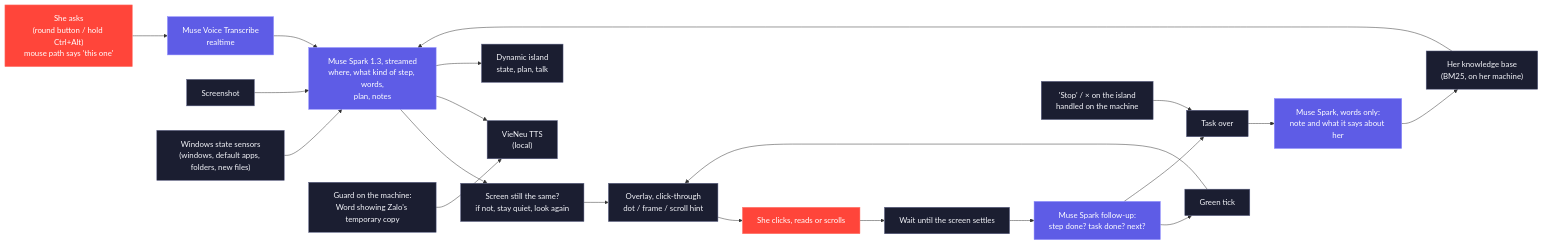
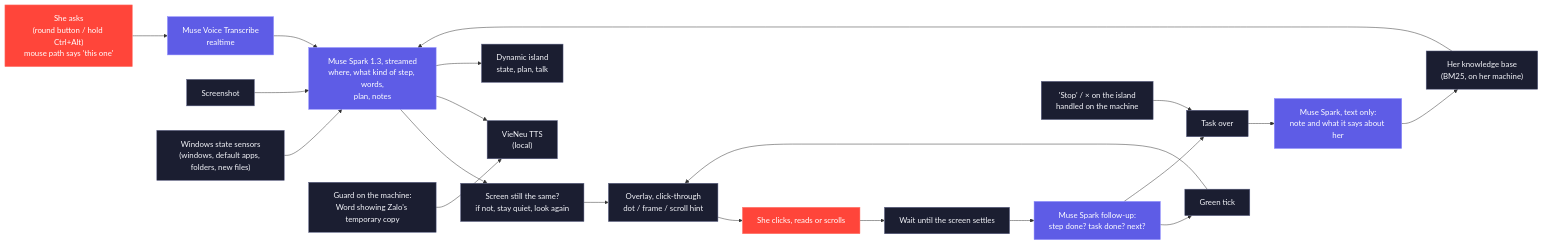
One commit to Nguyen-Le-Tuan/ScreenTutor changed the diagram in README.md. Above: the diagram before and after it, drawn with Mermaid. The commit also changed other lines of this file and 2 other files, not shown here.

````diff
--- a/README.md
+++ b/README.md
@@ -79,28 +87,28 @@
 ```mermaid
 flowchart LR
     Q["She asks<br/>(round button / hold Ctrl+Alt)<br/>mouse path says 'this one'"] --> STT["Muse Voice Transcribe<br/>realtime"]
     STT --> SPARK["Muse Spark 1.3, streamed<br/>where, what kind of step, words,<br/>plan, notes"]
     SCR["Screenshot"] --> SPARK
     ST["Windows state sensors<br/>(windows, default apps, folders, new files)"] --> SPARK
     MEM["Her knowledge base<br/>(BM25, on her machine)"] --> SPARK
     SPARK --> FRESH["Screen still the same?<br/>if not, stay quiet, look again"]
     FRESH --> MARK["Overlay, click-through<br/>dot / frame / scroll hint"]
     SPARK --> TTS["VieNeu TTS<br/>(local)"]
     SPARK --> ISLAND["Dynamic island<br/>state, plan, talk"]
     MARK --> ACT["She clicks, reads or scrolls"]
     ACT --> SETTLE["Wait until the screen settles"]
     SETTLE --> CHECK["Muse Spark follow-up:<br/>step done? task done? next?"]
     CHECK --> TICK["Green tick"]
     TICK --> MARK
     CHECK --> DONE["Task over"]
-    DONE --> NOTE["Muse Spark, words only:<br/>note and what it says about her"]
+    DONE --> NOTE["Muse Spark, text only:<br/>note and what it says about her"]
     NOTE --> MEM
     GUARD["Guard on the machine:<br/>Word showing Zalo's temporary copy"] --> TTS
     STOP["'Stop' / × on the island<br/>handled on the machine"] --> DONE
     classDef meta fill:#5E5CE6,stroke:#8E8CFF,color:#ffffff
     classDef her fill:#FF453A,stroke:#FF7A70,color:#ffffff
     classDef local fill:#1B1E31,stroke:#5C6187,color:#F4F5FA
     class STT,SPARK,CHECK,NOTE meta
     class Q,ACT her
     class SCR,ST,MEM,FRESH,MARK,TTS,ISLAND,SETTLE,TICK,DONE,GUARD,STOP local
 ```
````
